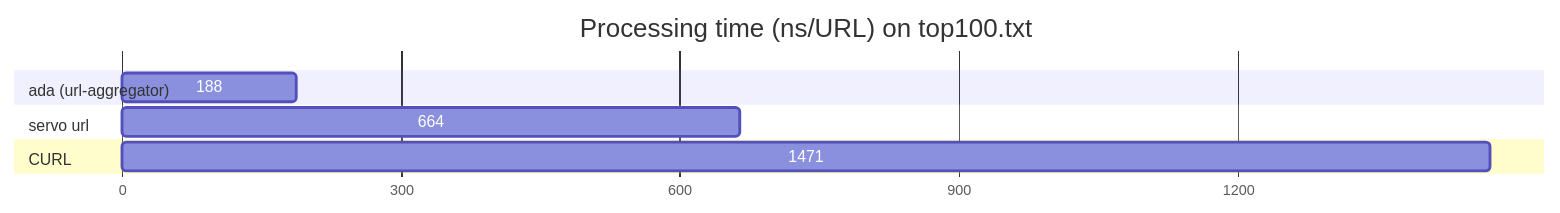
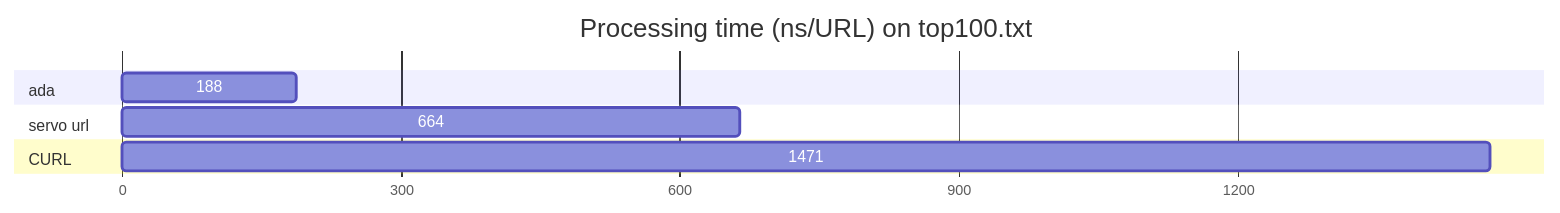
The diagram in README.md (ada-url/ada), drawn with Mermaid before and after one commit.

````diff
--- a/README.md
+++ b/README.md
@@ -27,13 +27,13 @@
 ```mermaid
 gantt
     title Processing time (ns/URL) on top100.txt
     dateFormat  X
     axisFormat %s
 
-    section ada (url-aggregator)
+    section ada
     188   : 0, 188
     section servo url
     664   : 0, 664
     section CURL
     1471   : 0, 1471
 ```
````
